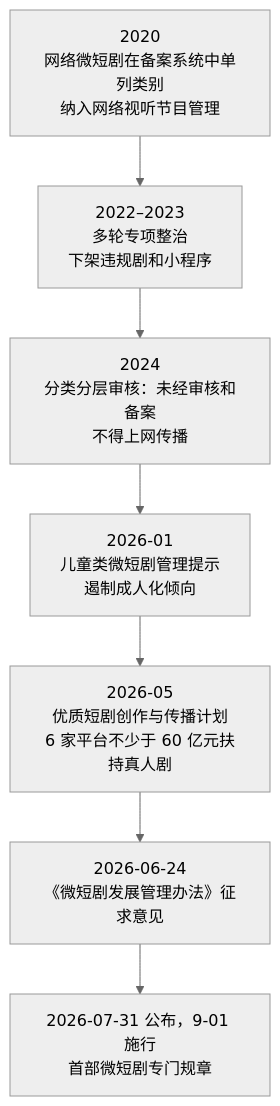
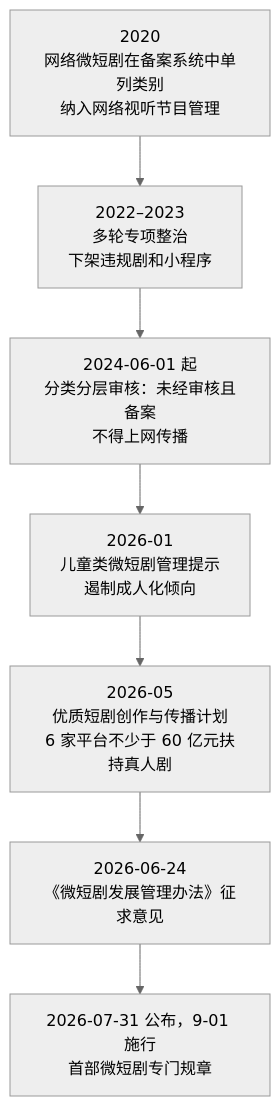
One commit to jarvis-pro/hatch-shelf changed the diagram in books/micro-drama-industry/08-policy-trends.md. Above: the diagram before and after it, drawn with Mermaid (neutral theme). The commit also changed other lines of this file and 146 other files, not shown here.

````diff
--- a/books/micro-drama-industry/08-policy-trends.md
+++ b/books/micro-drama-industry/08-policy-trends.md
@@ -23,9 +23,9 @@
 ```mermaid
 flowchart TD
   A["2020<br/>网络微短剧在备案系统中单列类别<br/>纳入网络视听节目管理"] --> B["2022–2023<br/>多轮专项整治<br/>下架违规剧和小程序"]
-  B --> C["2024<br/>分类分层审核：未经审核和备案<br/>不得上网传播"]
+  B --> C["2024-06-01 起<br/>分类分层审核：未经审核且备案<br/>不得上网传播"]
   C --> D["2026-01<br/>儿童类微短剧管理提示<br/>遏制成人化倾向"]
   D --> E["2026-05<br/>优质短剧创作与传播计划<br/>6 家平台不少于 60 亿元扶持真人剧"]
   E --> F["2026-06-24<br/>《微短剧发展管理办法》征求意见"]
   F --> G["2026-07-31 公布，9-01 施行<br/>首部微短剧专门规章"]
 ```
````
